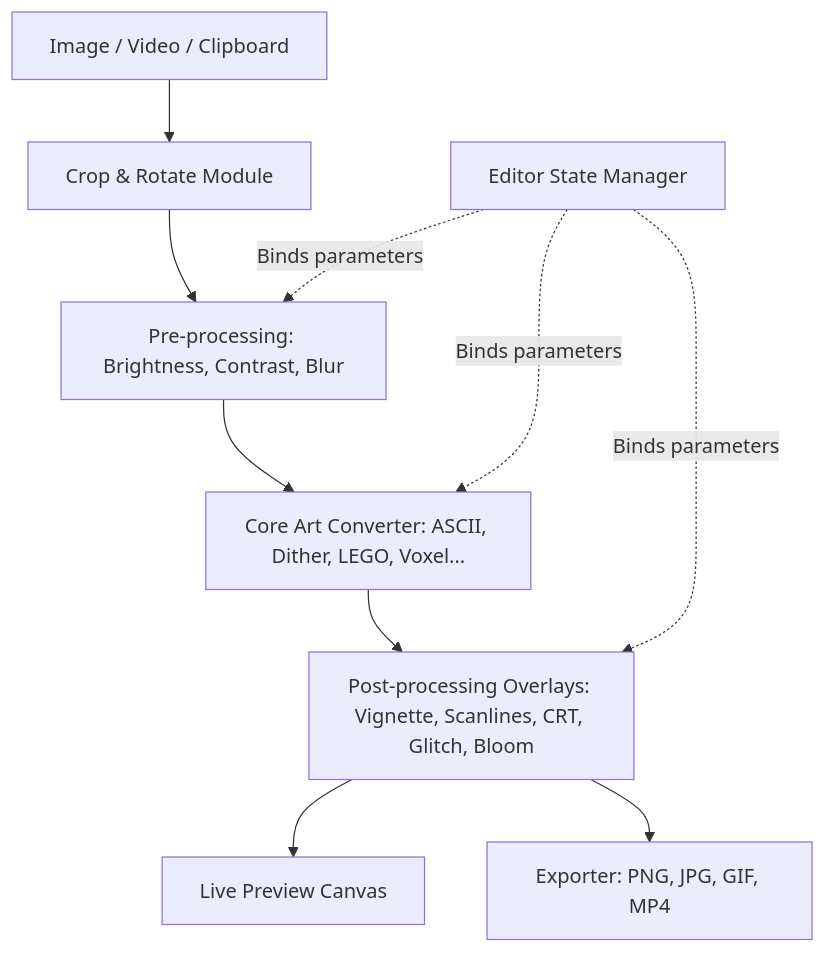
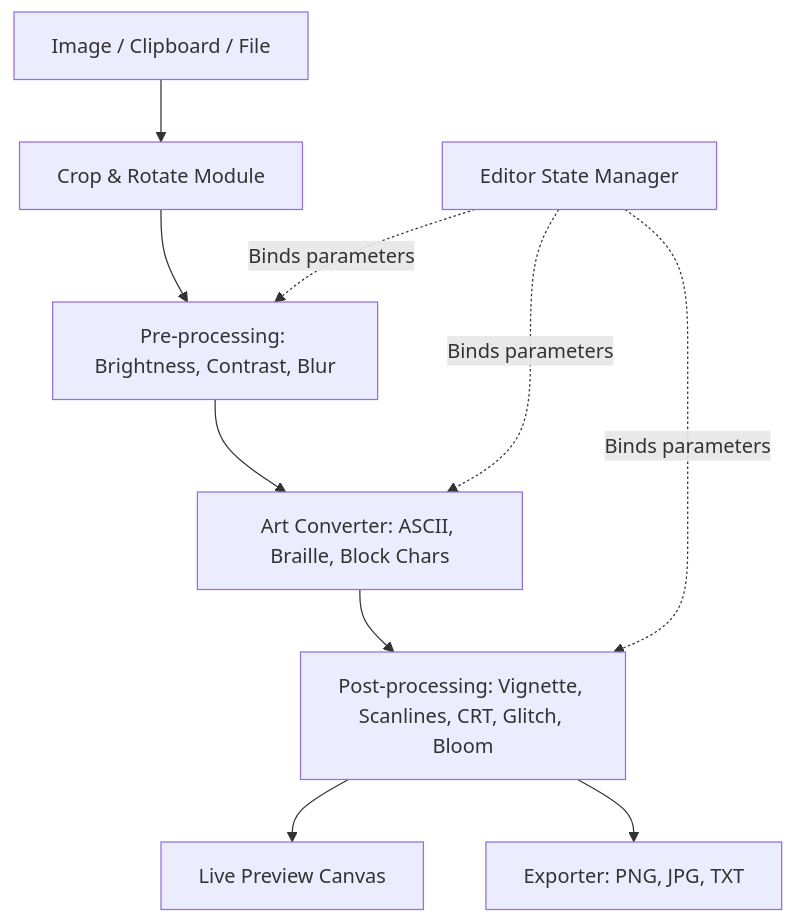
The diagram in .spec-workflow/specs/image-to-ascii/design.md (kindtree/imagetoascii), drawn with Mermaid before and after one commit. The commit also changed other lines of this file and 32 other files, not shown here.

````diff
--- a/.spec-workflow/specs/image-to-ascii/design.md
+++ b/.spec-workflow/specs/image-to-ascii/design.md
@@ -35,12 +70,12 @@
 ```mermaid
 graph TD
-    Source[Image / Video / Clipboard] --> CropRotate[Crop & Rotate Module]
+    Source[Image / Clipboard / File] --> CropRotate[Crop & Rotate Module]
     CropRotate --> Preprocess[Pre-processing: Brightness, Contrast, Blur]
-    Preprocess --> Converter[Core Art Converter: ASCII, Dither, LEGO, Voxel...]
-    Converter --> Postprocess[Post-processing Overlays: Vignette, Scanlines, CRT, Glitch, Bloom]
+    Preprocess --> Converter[Art Converter: ASCII, Braille, Block Chars]
+    Converter --> Postprocess[Post-processing: Vignette, Scanlines, CRT, Glitch, Bloom]
     Postprocess --> Viewport[Live Preview Canvas]
-    Postprocess --> Export[Exporter: PNG, JPG, GIF, MP4]
+    Postprocess --> Export[Exporter: PNG, JPG, TXT]
     State[Editor State Manager] -.->|Binds parameters| Preprocess
     State -.->|Binds parameters| Converter
     State -.->|Binds parameters| Postprocess
 ```
````
